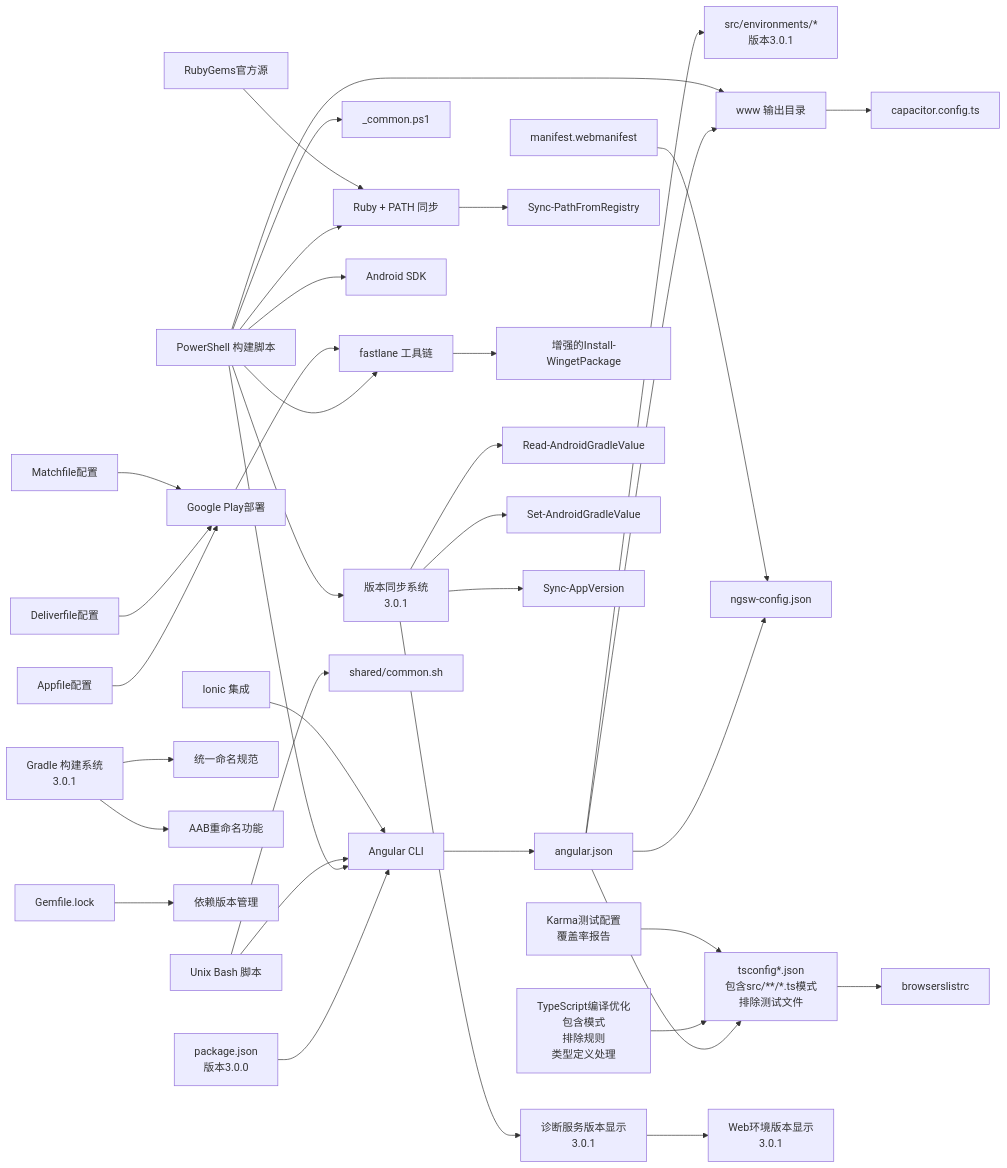
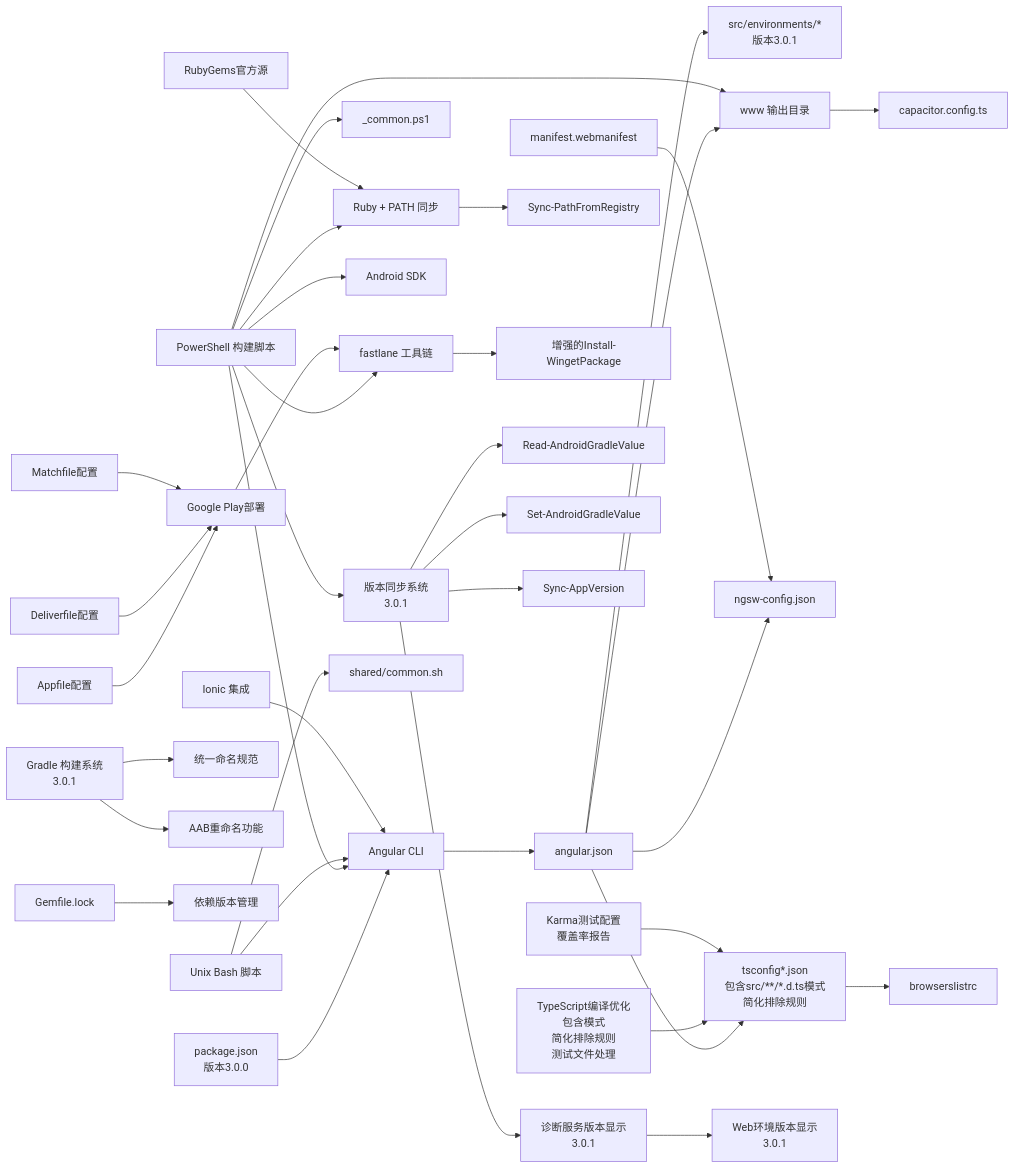
One commit to tea4go/Macro-Deck-Client-App changed the sixth of 6 diagrams in .qoder/repowiki/zh/content/构建与部署/构建配置.md. Above: the diagram before and after it, drawn with Mermaid. The commit also changed other lines of this file and 15 other files, not shown here.

````diff
--- a/.qoder/repowiki/zh/content/构建与部署/构建配置.md
+++ b/.qoder/repowiki/zh/content/构建与部署/构建配置.md
@@ -1085,39 +1089,39 @@
 ```mermaid
 graph LR
 P["package.json<br/>版本3.0.0"] --> CLI["Angular CLI"]
 CLI --> CFG["angular.json"]
 CFG --> ENV["src/environments/*<br/>版本3.0.1"]
-CFG --> TS["tsconfig*.json<br/>包含src/**/*.ts模式<br/>排除测试文件"]
+CFG --> TS["tsconfig*.json<br/>包含src/**/*.d.ts模式<br/>简化排除规则"]
 TS --> BROWS["browserslistrc"]
 CFG --> SW["ngsw-config.json"]
 CFG --> WWW["www 输出目录"]
 WWW --> CAP["capacitor.config.ts"]
 PS["PowerShell 构建脚本"] --> CLI
 PS --> COMMON["_common.ps1"]
 PS --> WWW
 PS --> FASTLANE["fastlane 工具链"]
 PS --> ANDROID["Android SDK"]
 PS --> RUBY["Ruby + PATH 同步"]
 PS --> VERSIONSYNC["版本同步系统<br/>3.0.1"]
 UNIX["Unix Bash 脚本"] --> COMMON2["shared/common.sh"]
 UNIX --> CLI
 MAN["manifest.webmanifest"] --> SW
 IONIC["Ionic 集成"] --> CLI
 RUBY --> SYNC["Sync-PathFromRegistry"]
 FASTLANE --> WINGET["增强的Install-WingetPackage"]
 GRADLE["Gradle 构建系统<br/>3.0.1"] --> NAMING["统一命名规范"]
 GRADLE --> AABRENAME["AAB重命名功能"]
 GEMLOCK["Gemfile.lock"] --> DEPS["依赖版本管理"]
 PLAYSTORE["Google Play部署"] --> FASTLANE
 APPFILE["Appfile配置"] --> PLAYSTORE
 DELIVER["Deliverfile配置"] --> PLAYSTORE
 MATCH["Matchfile配置"] --> PLAYSTORE
 RUBYGEMS["RubyGems官方源"] --> RUBY
 VERSIONSYNC --> READGRADLE["Read-AndroidGradleValue"]
 VERSIONSYNC --> SETGRADLE["Set-AndroidGradleValue"]
 VERSIONSYNC --> SYNCAPP["Sync-AppVersion"]
 VERSIONSYNC --> DIAGNOSTIC["诊断服务版本显示<br/>3.0.1"]
 DIAGNOSTIC --> WEBENV["Web环境版本显示<br/>3.0.1"]
-TSOPTIMIZATION["TypeScript编译优化<br/>包含模式<br/>排除规则<br/>类型定义处理"] --> TS
+TSOPTIMIZATION["TypeScript编译优化<br/>包含模式<br/>简化排除规则<br/>测试文件处理"] --> TS
 KARMA["Karma测试配置<br/>覆盖率报告"] --> TS
 ```
````
